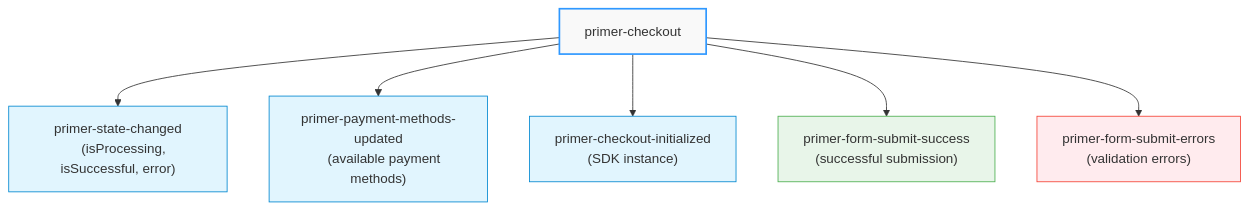
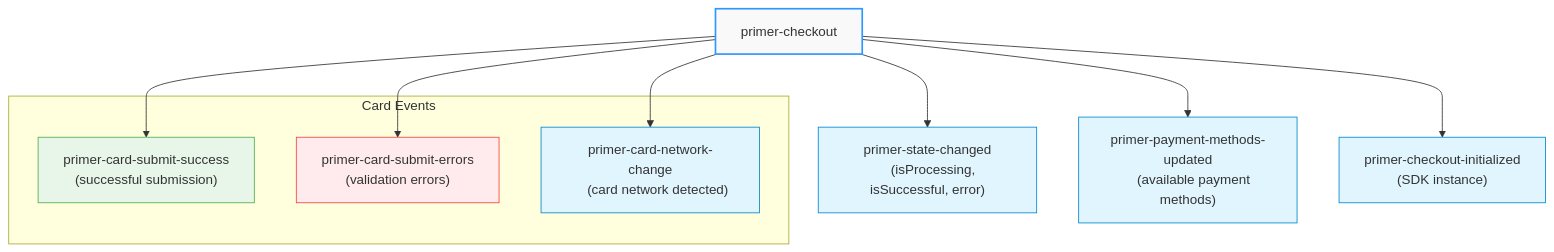
Before and after one commit to primer-io/examples: the first of 2 diagrams in docs/general-docs/documentation/getting-started.md, drawn with Mermaid. The commit also changed other lines of this file and 3 other files, not shown here.

````diff
--- a/docs/general-docs/documentation/getting-started.md
+++ b/docs/general-docs/documentation/getting-started.md
@@ -184,20 +184,34 @@
 ```mermaid
 flowchart TB
     A[primer-checkout] --> B["primer-state-changed
     (isProcessing, isSuccessful, error)"]
     A --> C["primer-payment-methods-updated
     (available payment methods)"]
     A --> D["primer-checkout-initialized
     (SDK instance)"]
-    A --> E["primer-form-submit-success
+    
+    subgraph "Card Events"
+    E["primer-card-submit-success
     (successful submission)"]
-    A --> F["primer-form-submit-errors
+    F["primer-card-submit-errors
     (validation errors)"]
+    G["primer-card-network-change
+    (card network detected)"]
+    end
+    
+
+    
+    A --> E
+    A --> F
+    A --> G
+
 
     style A fill:#f9f9f9,stroke:#2f98ff,stroke-width:2px
     style B fill:#e1f5fe,stroke:#0288d1,stroke-width:1px
     style C fill:#e1f5fe,stroke:#0288d1,stroke-width:1px
     style D fill:#e1f5fe,stroke:#0288d1,stroke-width:1px
     style E fill:#e8f5e9,stroke:#4caf50,stroke-width:1px
     style F fill:#ffebee,stroke:#f44336,stroke-width:1px
+    style G fill:#e1f5fe,stroke:#0288d1,stroke-width:1px
+
 ```
````
